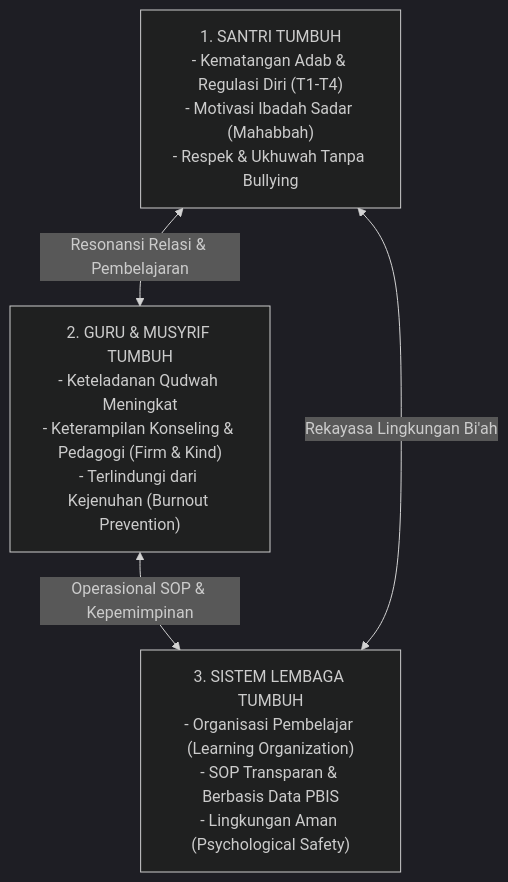
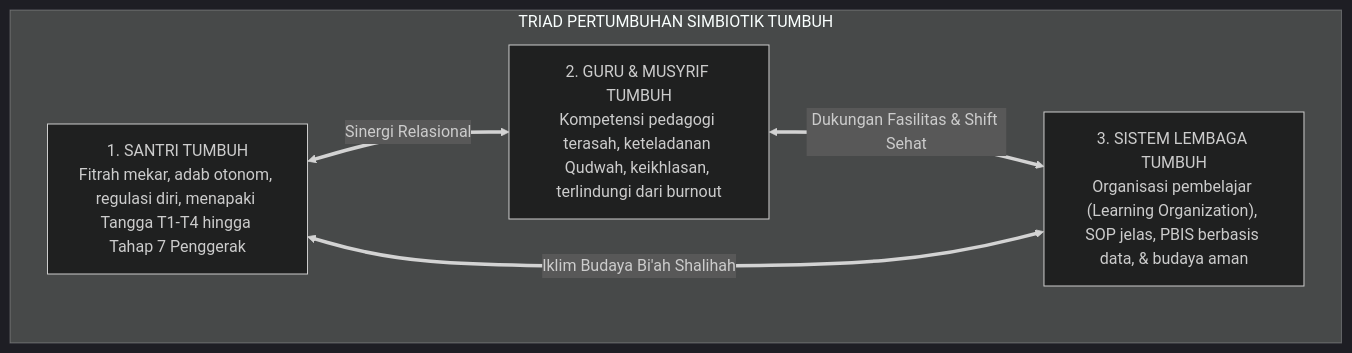
Before and after one commit to wandiapriliyandi/tumbuh: the diagram in 02 Principles/01 Core Principles/P2-01-01-Prinsip-Triad-Pertumbuhan-Simbiotik.md, drawn with Mermaid (dark theme). The commit also changed other lines of this file and 7 other files, not shown here.

````diff
--- a/02 Principles/01 Core Principles/P2-01-01-Prinsip-Triad-Pertumbuhan-Simbiotik.md
+++ b/02 Principles/01 Core Principles/P2-01-01-Prinsip-Triad-Pertumbuhan-Simbiotik.md
@@ -22,10 +30,12 @@
 ```mermaid
 graph TD
-    Santri["1. SANTRI TUMBUH<br/>- Kematangan Adab & Regulasi Diri (T1-T4)<br/>- Motivasi Ibadah Sadar (Mahabbah)<br/>- Respek & Ukhuwah Tanpa Bullying"]
-    Guru["2. GURU & MUSYRIF TUMBUH<br/>- Keteladanan Qudwah Meningkat<br/>- Keterampilan Konseling & Pedagogi (Firm & Kind)<br/>- Terlindungi dari Kejenuhan (Burnout Prevention)"]
-    Sistem["3. SISTEM LEMBAGA TUMBUH<br/>- Organisasi Pembelajar (Learning Organization)<br/>- SOP Transparan & Berbasis Data PBIS<br/>- Lingkungan Aman (Psychological Safety)"]
-
-    Santri <--> |Resonansi Relasi & Pembelajaran| Guru
-    Guru <--> |Operasional SOP & Kepemimpinan| Sistem
-    Sistem <--> |Rekayasa Lingkungan Bi'ah| Santri
+    subgraph TriadSimbiotik["TRIAD PERTUMBUHAN SIMBIOTIK TUMBUH"]
+        Santri["1. SANTRI TUMBUH<br/>Fitrah mekar, adab otonom, regulasi diri, menapaki Tangga T1-T4 hingga Tahap 7 Penggerak"]
+        Guru["2. GURU & MUSYRIF TUMBUH<br/>Kompetensi pedagogi terasah, keteladanan Qudwah, keikhlasan, terlindungi dari burnout"]
+        Lembaga["3. SISTEM LEMBAGA TUMBUH<br/>Organisasi pembelajar (Learning Organization), SOP jelas, PBIS berbasis data, & budaya aman"]
+        
+        Santri <==>|Sinergi Relasional| Guru
+        Guru <==>|Dukungan Fasilitas & Shift Sehat| Lembaga
+        Lembaga <==>|Iklim Budaya Bi'ah Shalihah| Santri
+    end
 ```
````
